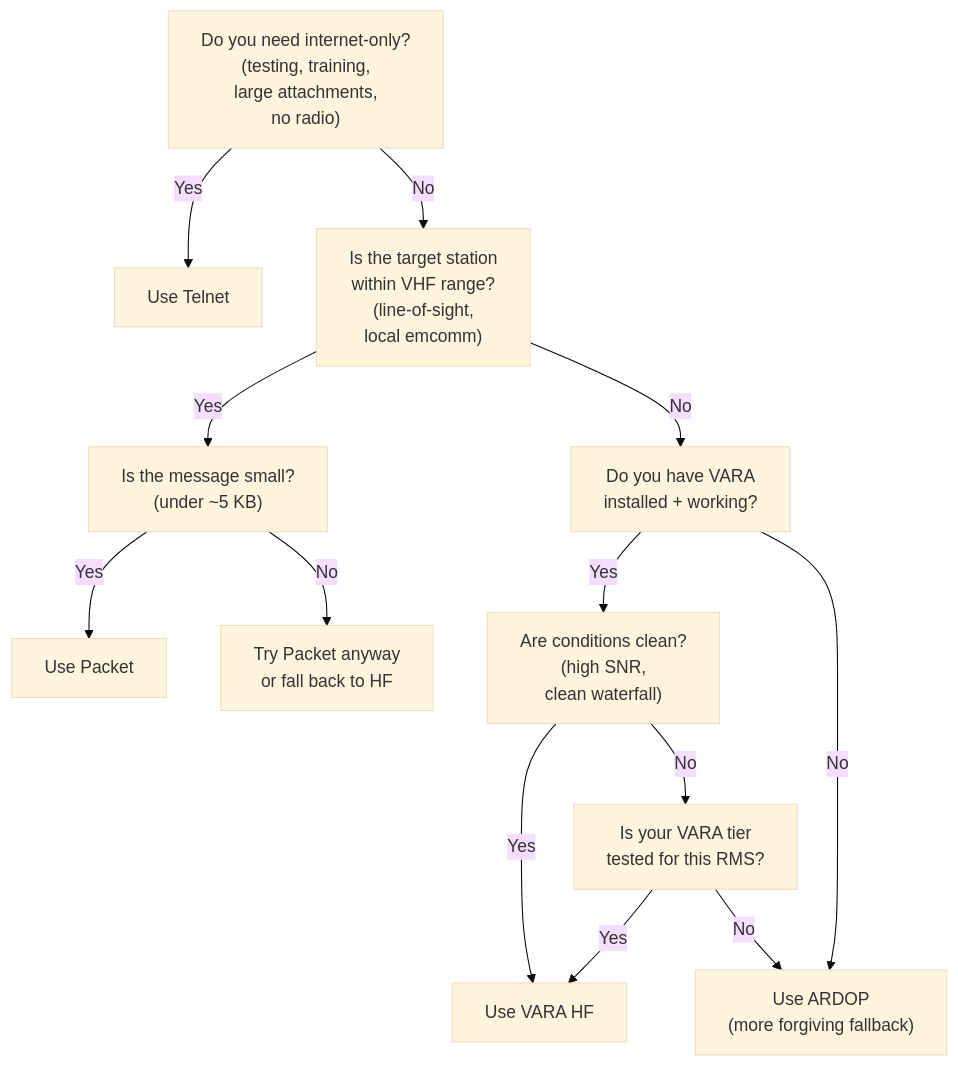
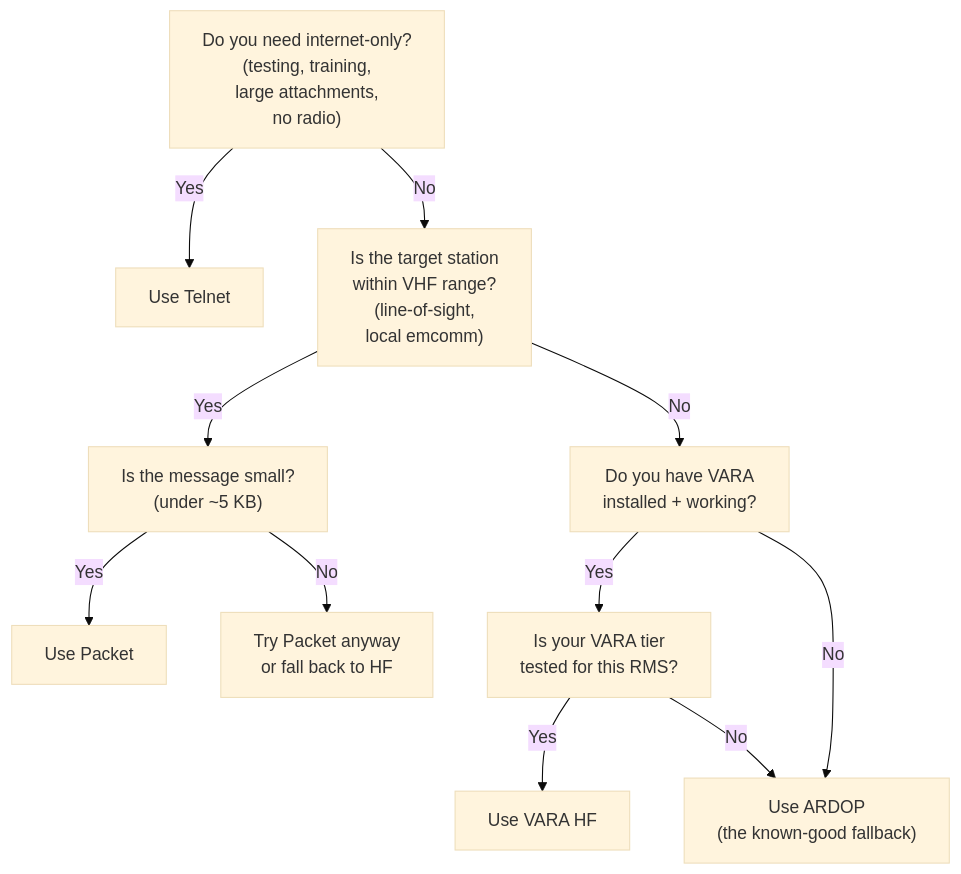
Before and after one commit to cameronzucker/tuxlink: the diagram in docs/user-guide/17-choosing-the-right-mode.md, drawn with Mermaid (base theme). The commit also changed other lines of this file and 1 other file, not shown here.

First line of the commit message:
docs(user-guide): reconcile doc 17 to docs 15/16 on ARDOP-vs-VARA weak-signal robustness (ledger row 3)

````diff
--- a/docs/user-guide/17-choosing-the-right-mode.md
+++ b/docs/user-guide/17-choosing-the-right-mode.md
@@ -16,15 +16,13 @@
 ```mermaid
 flowchart TD
     A["Do you need internet-only?<br/>(testing, training,<br/>large attachments,<br/>no radio)"] -->|Yes| Telnet["Use Telnet"]
     A -->|No| B["Is the target station<br/>within VHF range?<br/>(line-of-sight,<br/>local emcomm)"]
     B -->|Yes| C["Is the message small?<br/>(under ~5 KB)"]
     C -->|Yes| Packet["Use Packet"]
     C -->|No| D["Try Packet anyway<br/>or fall back to HF"]
     B -->|No| E["Do you have VARA<br/>installed + working?"]
-    E -->|Yes| F["Are conditions clean?<br/>(high SNR,<br/>clean waterfall)"]
+    E -->|Yes| F["Is your VARA tier<br/>tested for this RMS?"]
     F -->|Yes| VARA["Use VARA HF"]
-    F -->|No| G["Is your VARA tier<br/>tested for this RMS?"]
-    G -->|Yes| VARA
-    G -->|No| ARDOP["Use ARDOP<br/>(more forgiving fallback)"]
+    F -->|No| ARDOP["Use ARDOP<br/>(the known-good fallback)"]
     E -->|No| ARDOP
 ```
````
